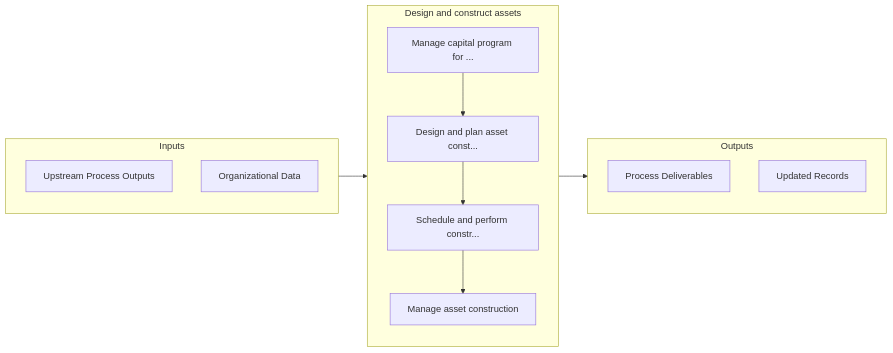
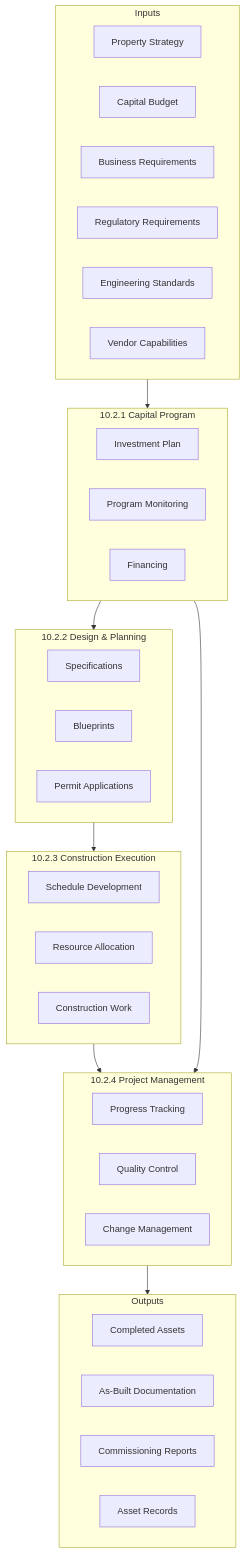
One commit to kziemski/business.org.ai changed the second of 3 diagrams in processes/10-Assets/10.2-DesignConstructAssets/index.mdx. Above: the diagram before and after it, drawn with Mermaid. The commit also changed other lines of this file and 885 other files, not shown here.

````diff
--- a/processes/10-Assets/10.2-DesignConstructAssets/index.mdx
+++ b/processes/10-Assets/10.2-DesignConstructAssets/index.mdx
@@ -61,24 +60,49 @@
 ```mermaid
-flowchart LR
+flowchart TB
     subgraph Inputs["Inputs"]
-        I1["Upstream Process Outputs"]
-        I2["Organizational Data"]
+        I1["Property Strategy"]
+        I2["Capital Budget"]
+        I3["Business Requirements"]
+        I4["Regulatory Requirements"]
+        I5["Engineering Standards"]
+        I6["Vendor Capabilities"]
     end
 
-    subgraph Process["Design and construct assets"]
-        S1["Manage capital program for ..."]
-        S2["Design and plan asset const..."]
-        S3["Schedule and perform constr..."]
-        S4["Manage asset construction"]
+    subgraph Capital["10.2.1 Capital Program"]
+        C1["Investment Plan"]
+        C2["Program Monitoring"]
+        C3["Financing"]
+    end
+
+    subgraph Design["10.2.2 Design & Planning"]
+        D1["Specifications"]
+        D2["Blueprints"]
+        D3["Permit Applications"]
+    end
+
+    subgraph Execute["10.2.3 Construction Execution"]
+        E1["Schedule Development"]
+        E2["Resource Allocation"]
+        E3["Construction Work"]
+    end
+
+    subgraph Manage["10.2.4 Project Management"]
+        M1["Progress Tracking"]
+        M2["Quality Control"]
+        M3["Change Management"]
     end
 
     subgraph Outputs["Outputs"]
-        O1["Process Deliverables"]
-        O2["Updated Records"]
+        OUT1["Completed Assets"]
+        OUT2["As-Built Documentation"]
+        OUT3["Commissioning Reports"]
+        OUT4["Asset Records"]
     end
 
-    Inputs --> Process --> Outputs
-    S1 --> S2
-    S2 --> S3
-    S3 --> S4
+    Inputs --> Capital
+    Capital --> Design
+    Design --> Execute
+    Execute --> Manage
+    Manage --> Outputs
+    Capital --> Manage
 ```
````
